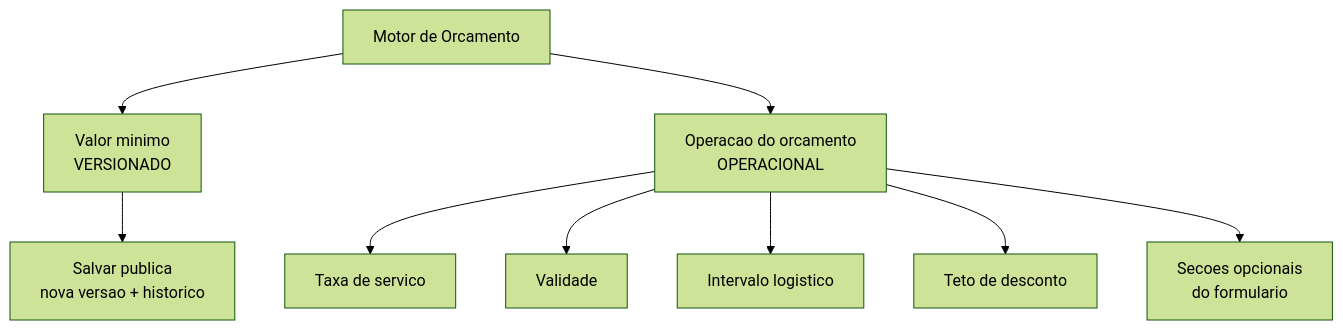
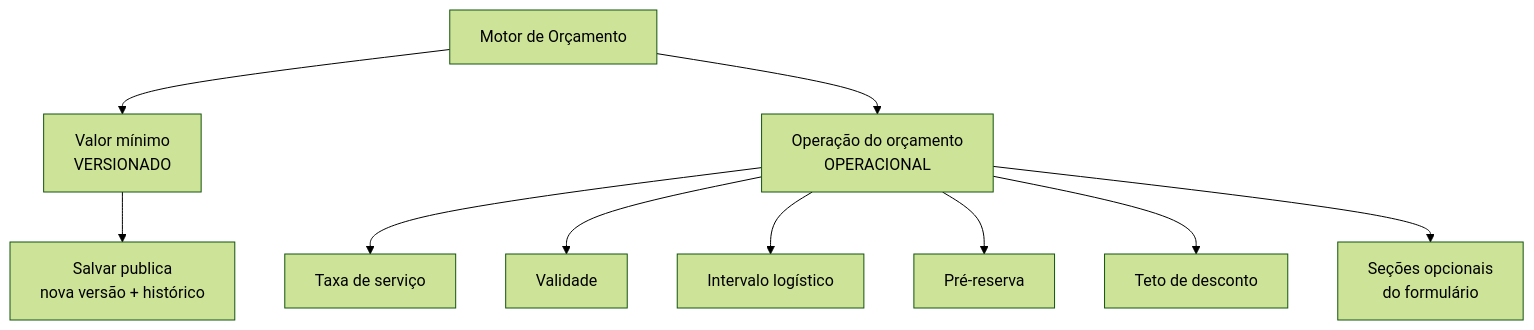
Before and after one commit to LocFlowTeam/locflow-docs: the diagram in configuracoes/motor-de-orcamento.md, drawn with Mermaid (forest theme). The commit also changed other lines of this file and 26 other files, not shown here.

````diff
--- a/configuracoes/motor-de-orcamento.md
+++ b/configuracoes/motor-de-orcamento.md
@@ -159,11 +167,12 @@
 ```mermaid
 flowchart TB
-    M[Motor de Orcamento] --> V[Valor minimo<br/>VERSIONADO]
-    M --> O[Operacao do orcamento<br/>OPERACIONAL]
-    V --> VH[Salvar publica<br/>nova versao + historico]
-    O --> T[Taxa de servico]
+    M[Motor de Orçamento] --> V[Valor mínimo<br/>VERSIONADO]
+    M --> O[Operação do orçamento<br/>OPERACIONAL]
+    V --> VH[Salvar publica<br/>nova versão + histórico]
+    O --> T[Taxa de serviço]
     O --> VA[Validade]
-    O --> I[Intervalo logistico]
+    O --> I[Intervalo logístico]
+    O --> P[Pré-reserva]
     O --> D[Teto de desconto]
-    O --> S[Secoes opcionais<br/>do formulario]
+    O --> S[Seções opcionais<br/>do formulário]
 ```
````
